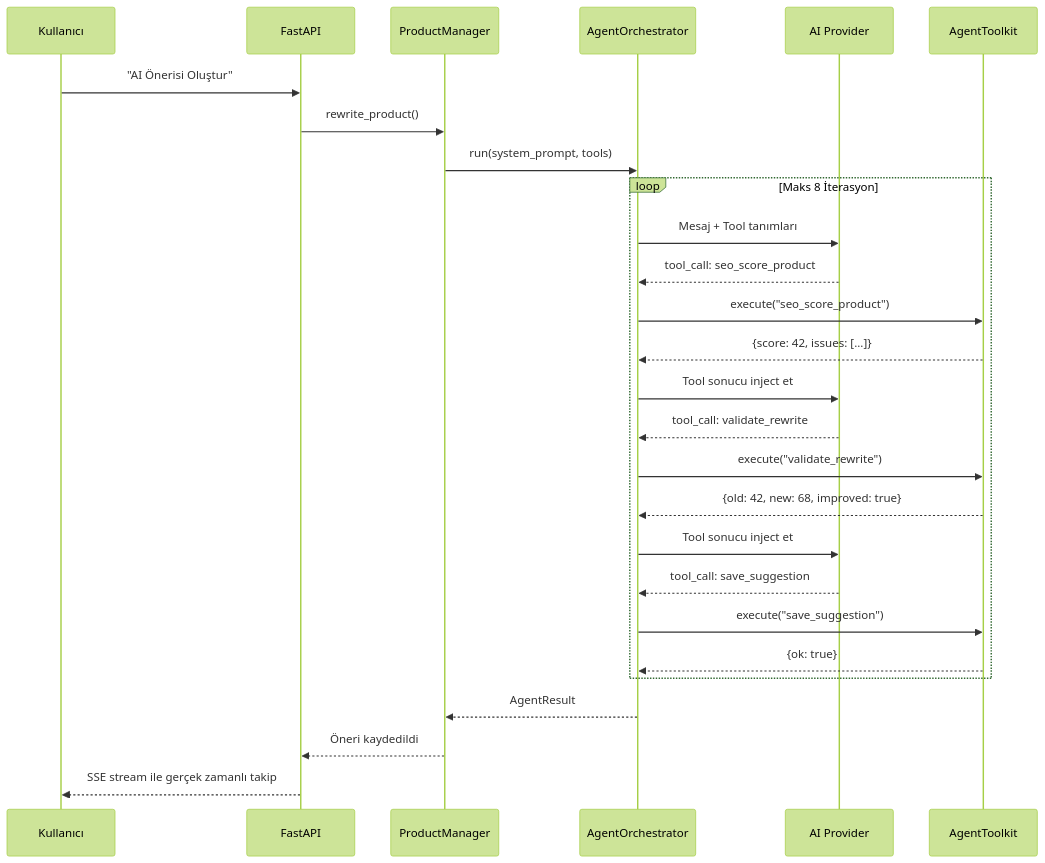
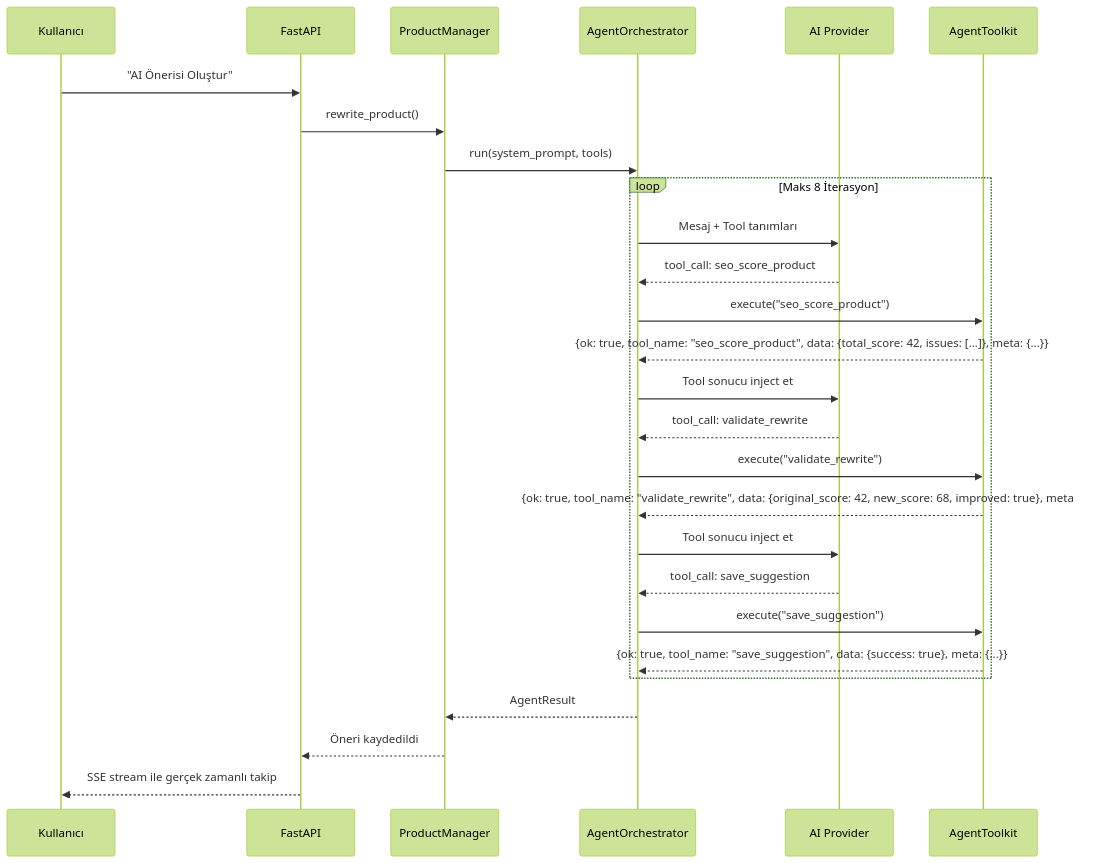
One commit to YigitKa/ikas-ai-seo-agent changed the second of 19 diagrams in README.md. Above: the diagram before and after it, drawn with Mermaid (forest theme). The commit also changed other lines of this file and 16 other files, not shown here.

````diff
--- a/README.md
+++ b/README.md
@@ -53,34 +53,34 @@
 ```mermaid
 sequenceDiagram
     participant U as Kullanıcı
     participant API as FastAPI
     participant PM as ProductManager
     participant AO as AgentOrchestrator
     participant LLM as AI Provider
     participant T as AgentToolkit
 
     U->>API: "AI Önerisi Oluştur"
     API->>PM: rewrite_product()
     PM->>AO: run(system_prompt, tools)
 
     loop Maks 8 İterasyon
         AO->>LLM: Mesaj + Tool tanımları
         LLM-->>AO: tool_call: seo_score_product
         AO->>T: execute("seo_score_product")
-        T-->>AO: {score: 42, issues: [...]}
+        T-->>AO: {ok: true, tool_name: "seo_score_product", data: {total_score: 42, issues: [...]}, meta: {...}}
         AO->>LLM: Tool sonucu inject et
 
         LLM-->>AO: tool_call: validate_rewrite
         AO->>T: execute("validate_rewrite")
-        T-->>AO: {old: 42, new: 68, improved: true}
+        T-->>AO: {ok: true, tool_name: "validate_rewrite", data: {original_score: 42, new_score: 68, improved: true}, meta: {...}}
         AO->>LLM: Tool sonucu inject et
 
         LLM-->>AO: tool_call: save_suggestion
         AO->>T: execute("save_suggestion")
-        T-->>AO: {ok: true}
+        T-->>AO: {ok: true, tool_name: "save_suggestion", data: {success: true}, meta: {...}}
     end
 
     AO-->>PM: AgentResult
     PM-->>API: Öneri kaydedildi
     API-->>U: SSE stream ile gerçek zamanlı takip
 ```
````
